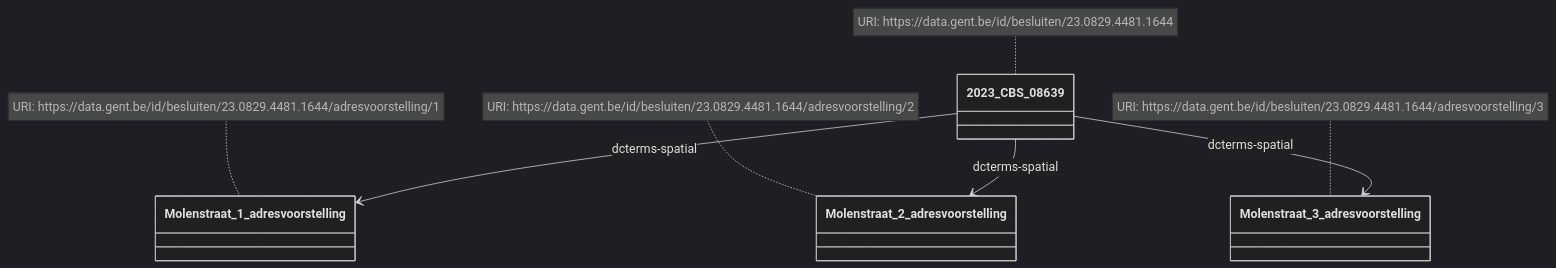
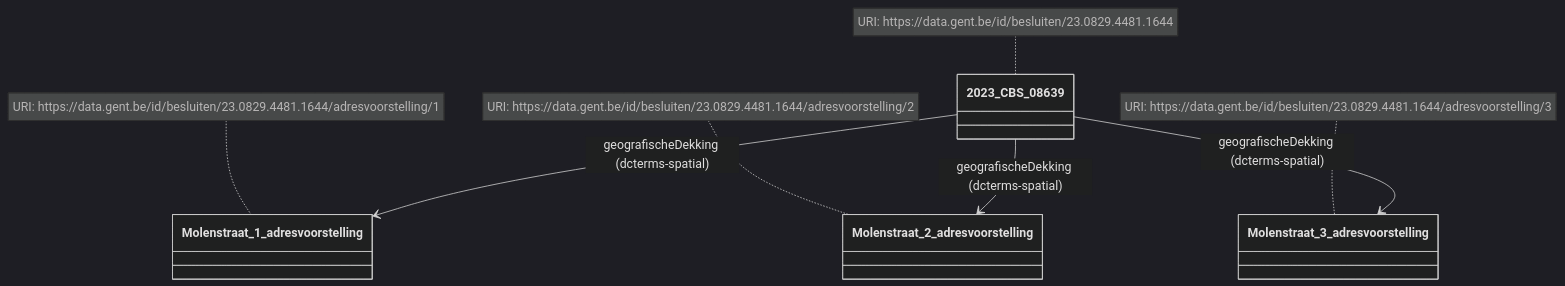
One commit to Informatievlaanderen/OSLOthema-slimmeRaadpleegOmgeving changed the third of 9 diagrams in README.md. Above: the diagram before and after it, drawn with Mermaid (dark theme). The commit also changed other lines of this file, not shown here.

````diff
--- a/README.md
+++ b/README.md
@@ -100,11 +100,11 @@
 ```mermaid
 classDiagram
-    2023_CBS_08639 --> Molenstraat_1_adresvoorstelling: dcterms-spatial
-    2023_CBS_08639 --> Molenstraat_2_adresvoorstelling: dcterms-spatial
-    2023_CBS_08639 --> Molenstraat_3_adresvoorstelling: dcterms-spatial
+    2023_CBS_08639 --> Molenstraat_1_adresvoorstelling: geografischeDekking (dcterms-spatial)
+    2023_CBS_08639 --> Molenstraat_2_adresvoorstelling: geografischeDekking (dcterms-spatial)
+    2023_CBS_08639 --> Molenstraat_3_adresvoorstelling: geografischeDekking (dcterms-spatial)
 
     note for 2023_CBS_08639 "URI: https://data.gent.be/id/besluiten/23.0829.4481.1644"
     note for Molenstraat_1_adresvoorstelling  "URI: https://data.gent.be/id/besluiten/23.0829.4481.1644/adresvoorstelling/1"
     note for Molenstraat_2_adresvoorstelling  "URI: https://data.gent.be/id/besluiten/23.0829.4481.1644/adresvoorstelling/2"
     note for Molenstraat_3_adresvoorstelling  "URI: https://data.gent.be/id/besluiten/23.0829.4481.1644/adresvoorstelling/3"
 ```
````
